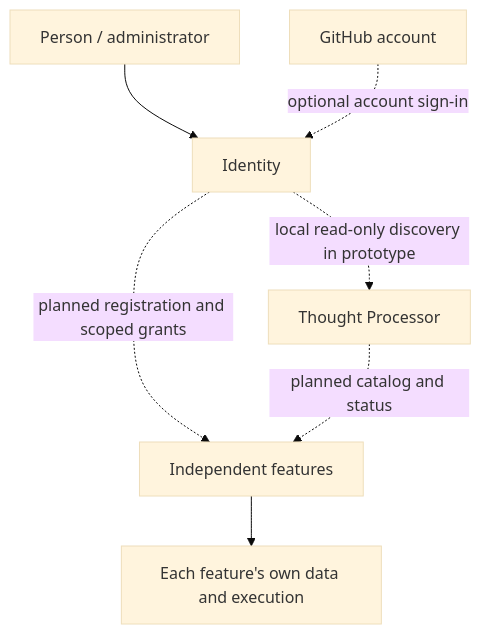
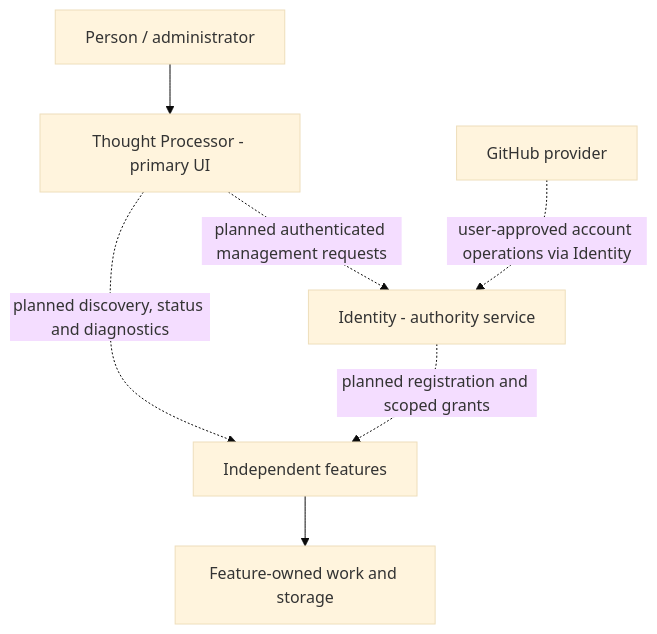
Before and after one commit to Arameair/identity: the diagram in README.md, drawn with Mermaid (base theme). The commit also changed other lines of this file, not shown here.

Commit message:
docs(main): establish Thought Processor as human-facing interface; Identity as service

````diff
--- a/README.md
+++ b/README.md
@@ -29,9 +29,9 @@
 ```mermaid
 flowchart TD
-    P[Person / administrator] --> I[Identity]
-    G[GitHub account] -. "optional account sign-in" .-> I
-    I -. "local read-only discovery in prototype" .-> TP[Thought Processor]
+    U[Person / administrator] --> TP[Thought Processor - primary UI]
+    TP -. "planned authenticated management requests" .-> I[Identity - authority service]
     I -. "planned registration and scoped grants" .-> F[Independent features]
-    TP -. "planned catalog and status" .-> F
-    F --> D[Each feature's own data and execution]
+    TP -. "planned discovery, status and diagnostics" .-> F
+    G[GitHub provider] -. "user-approved account operations via Identity" .-> I
+    F --> D[Feature-owned work and storage]
 ```
````
